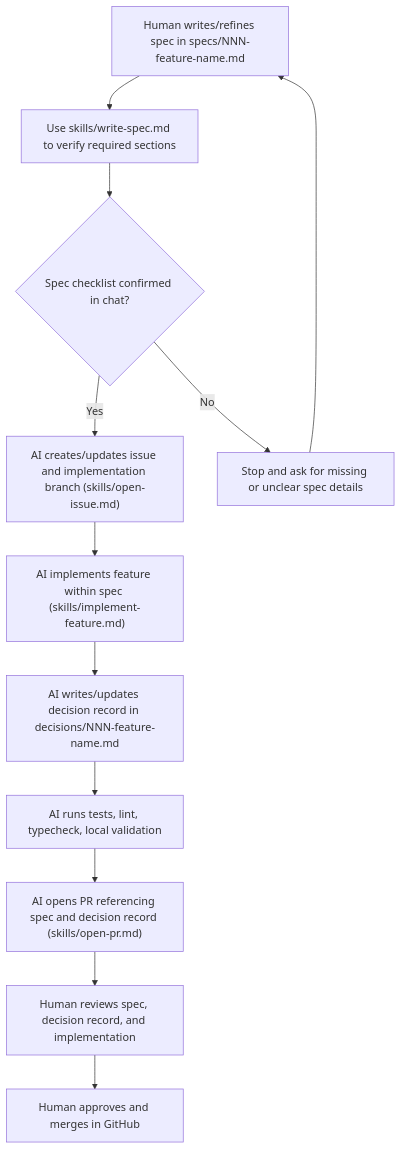
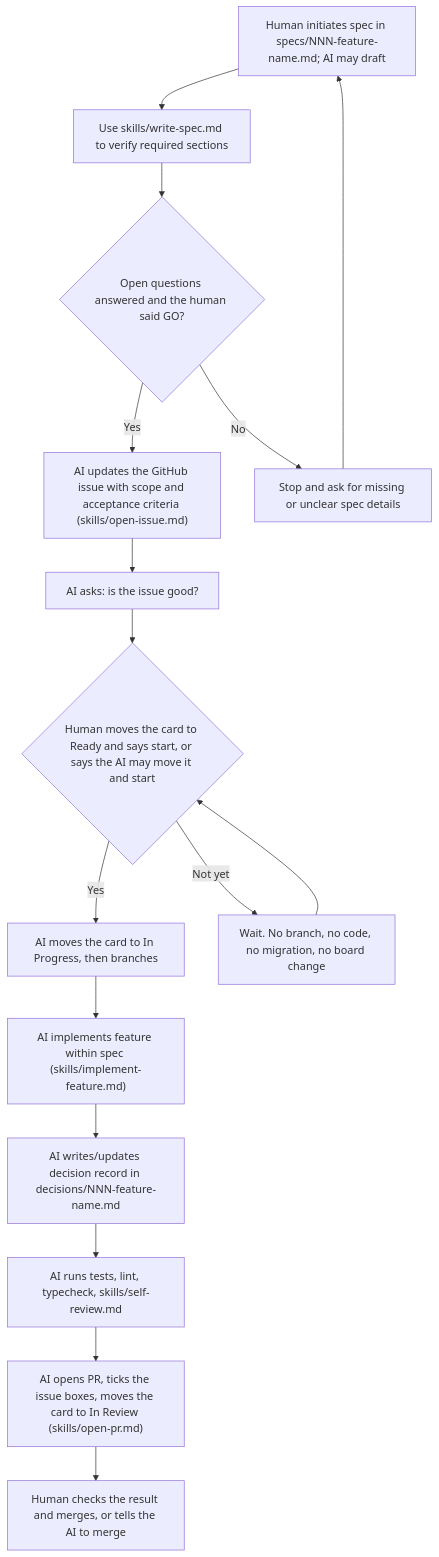
One commit to koodauspaja/footy-trends changed the diagram in README.md. Above: the diagram before and after it, drawn with Mermaid. The commit also changed other lines of this file and 4 other files, not shown here.

````diff
--- a/README.md
+++ b/README.md
@@ -159,18 +159,23 @@
 ```mermaid
 flowchart TD
-  Human_spec["Human writes/refines spec in specs/NNN-feature-name.md"]
+  Human_spec["Human initiates spec in specs/NNN-feature-name.md; AI may draft"]
   Spec_checklist["Use skills/write-spec.md to verify required sections"]
-  Spec_confirmed{Spec checklist confirmed in chat?}
-  AI_issue_branch["AI creates/updates issue and implementation branch (skills/open-issue.md)"]
+  Spec_confirmed{"Open questions answered and the human said GO?"}
+  AI_issue["AI updates the GitHub issue with scope and acceptance criteria (skills/open-issue.md)"]
+  AI_asks["AI asks: is the issue good?"]
+  Human_ready{"Human moves the card to Ready and says start, or says the AI may move it and start"}
+  AI_branch["AI moves the card to In Progress, then branches"]
   AI_implement["AI implements feature within spec (skills/implement-feature.md)"]
   AI_decision["AI writes/updates decision record in decisions/NNN-feature-name.md"]
-  AI_checks["AI runs tests, lint, typecheck, local validation"]
-  AI_open_pr["AI opens PR referencing spec and decision record (skills/open-pr.md)"]
-  Human_review["Human reviews spec, decision record, and implementation"]
-  Human_merge["Human approves and merges in GitHub"]
+  AI_checks["AI runs tests, lint, typecheck, skills/self-review.md"]
+  AI_open_pr["AI opens PR, ticks the issue boxes, moves the card to In Review (skills/open-pr.md)"]
+  Human_merge["Human checks the result and merges, or tells the AI to merge"]
   Ask_for_info["Stop and ask for missing or unclear spec details"]
+  Wait["Wait. No branch, no code, no migration, no board change"]
 
   Human_spec --> Spec_checklist --> Spec_confirmed
-  Spec_confirmed -->|Yes| AI_issue_branch --> AI_implement --> AI_decision --> AI_checks --> AI_open_pr --> Human_review --> Human_merge
+  Spec_confirmed -->|Yes| AI_issue --> AI_asks --> Human_ready
   Spec_confirmed -->|No| Ask_for_info --> Human_spec
+  Human_ready -->|Yes| AI_branch --> AI_implement --> AI_decision --> AI_checks --> AI_open_pr --> Human_merge
+  Human_ready -->|"Not yet"| Wait --> Human_ready
 ```
````
